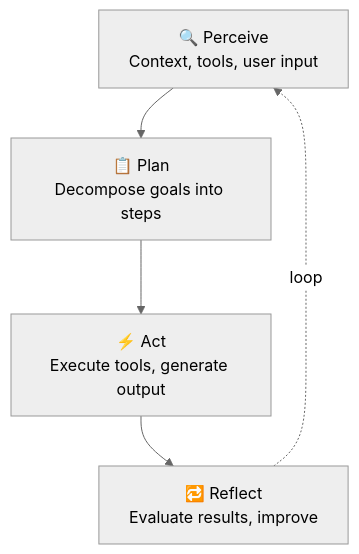
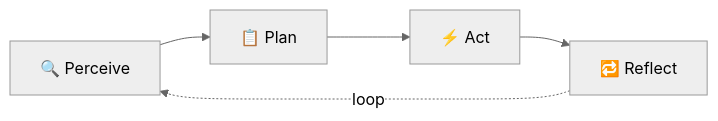
One commit to davidkaya/talks changed the third of 7 diagrams in standard/Agentic Engineering/presentation.md. Above: the diagram before and after it, drawn with Mermaid (neutral theme).

Commit message:
fix: simplify agent architecture diagram to fit slide
Switch from vertical (TD) to horizontal (LR) layout and remove
subtitle text from nodes — the intro text already explains the loop.

````diff
--- a/standard/Agentic Engineering/presentation.md
+++ b/standard/Agentic Engineering/presentation.md
@@ -161,10 +161,5 @@
 ```mermaid
-flowchart TD
-    P["🔍 Perceive<br>Context, tools, user input"]
-    PL["📋 Plan<br>Decompose goals into steps"]
-    A["⚡ Act<br>Execute tools, generate output"]
-    R["🔁 Reflect<br>Evaluate results, improve"]
-
-    P --> PL --> A --> R
+flowchart LR
+    P["🔍 Perceive"] --> PL["📋 Plan"] --> A["⚡ Act"] --> R["🔁 Reflect"]
     R -. loop .-> P
 ```
````
